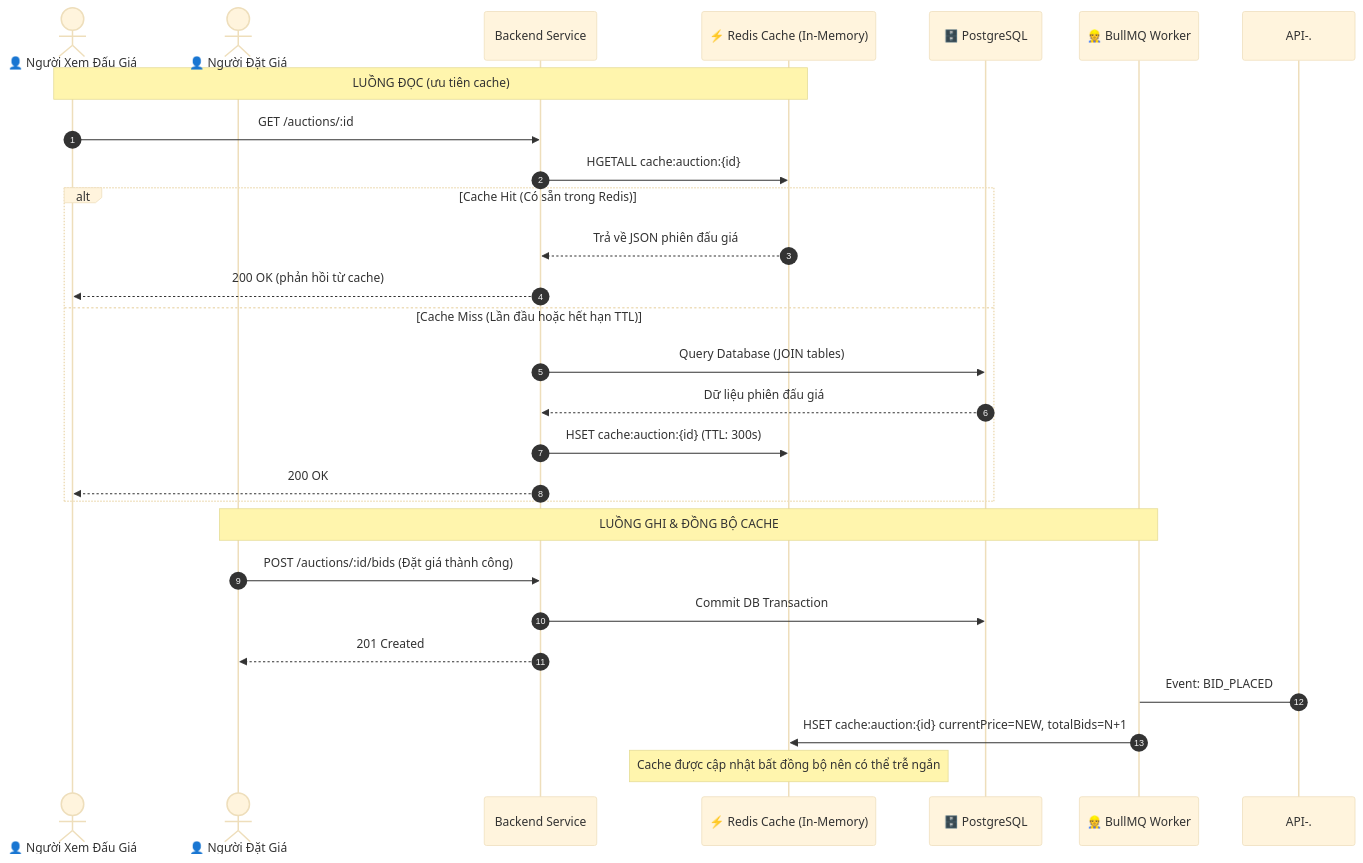
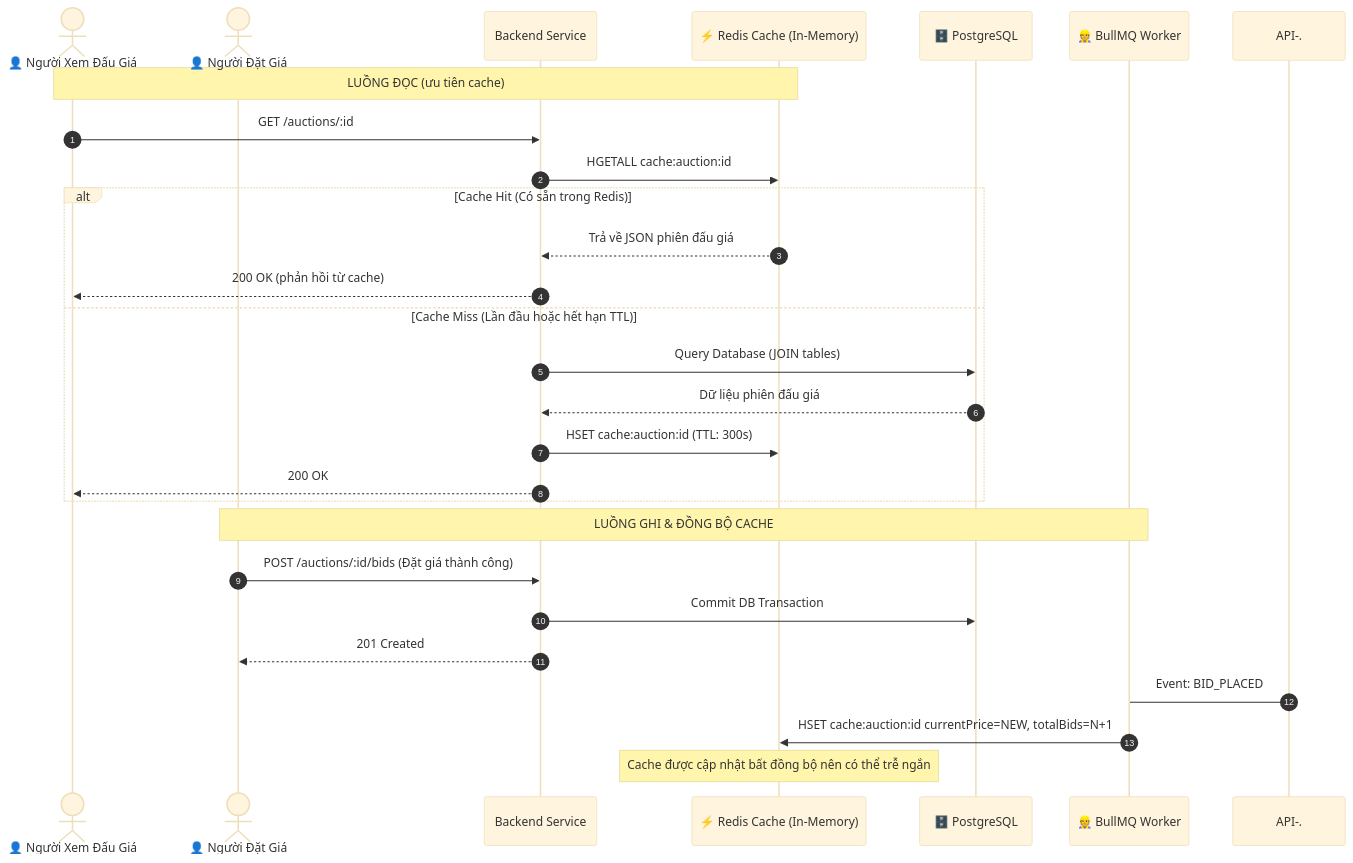
Before and after one commit to introvertkid/bidding-system: the fourth of 5 diagrams in docs/archtecture_specific.md, drawn with Mermaid (base theme). The commit also changed other lines of this file, not shown here.

Commit message:
fix(docs): fix Mermaid syntax for GitHub renderer compatibility

````diff
--- a/docs/archtecture_specific.md
+++ b/docs/archtecture_specific.md
@@ -230,31 +230,31 @@
 ```mermaid
 sequenceDiagram
     autonumber
     actor Reader as 👤 Người Xem Đấu Giá
     actor Bidder as 👤 Người Đặt Giá
     participant API as Backend Service
     participant Redis as ⚡ Redis Cache (In-Memory)
     participant DB as 🗄️ PostgreSQL
     participant Worker as 👷 BullMQ Worker
 
     Note over Reader,Redis: LUỒNG ĐỌC (ưu tiên cache)
     Reader->>API: GET /auctions/:id
-    API->>Redis: HGETALL cache:auction:{id}
+    API->>Redis: HGETALL cache:auction:id
     alt Cache Hit (Có sẵn trong Redis)
         Redis-->>API: Trả về JSON phiên đấu giá
         API-->>Reader: 200 OK (phản hồi từ cache)
     else Cache Miss (Lần đầu hoặc hết hạn TTL)
         API->>DB: Query Database (JOIN tables)
         DB-->>API: Dữ liệu phiên đấu giá
-        API->>Redis: HSET cache:auction:{id} (TTL: 300s)
+        API->>Redis: HSET cache:auction:id (TTL: 300s)
         API-->>Reader: 200 OK
     end
 
     Note over Bidder,Worker: LUỒNG GHI & ĐỒNG BỘ CACHE
     Bidder->>API: POST /auctions/:id/bids (Đặt giá thành công)
     API->>DB: Commit DB Transaction
     API-->>Bidder: 201 Created
     API-.->Worker: Event: BID_PLACED
-    Worker->>Redis: HSET cache:auction:{id} currentPrice=NEW, totalBids=N+1
+    Worker->>Redis: HSET cache:auction:id currentPrice=NEW, totalBids=N+1
     Note over Redis: Cache được cập nhật bất đồng bộ nên có thể trễ ngắn
 ```
````
